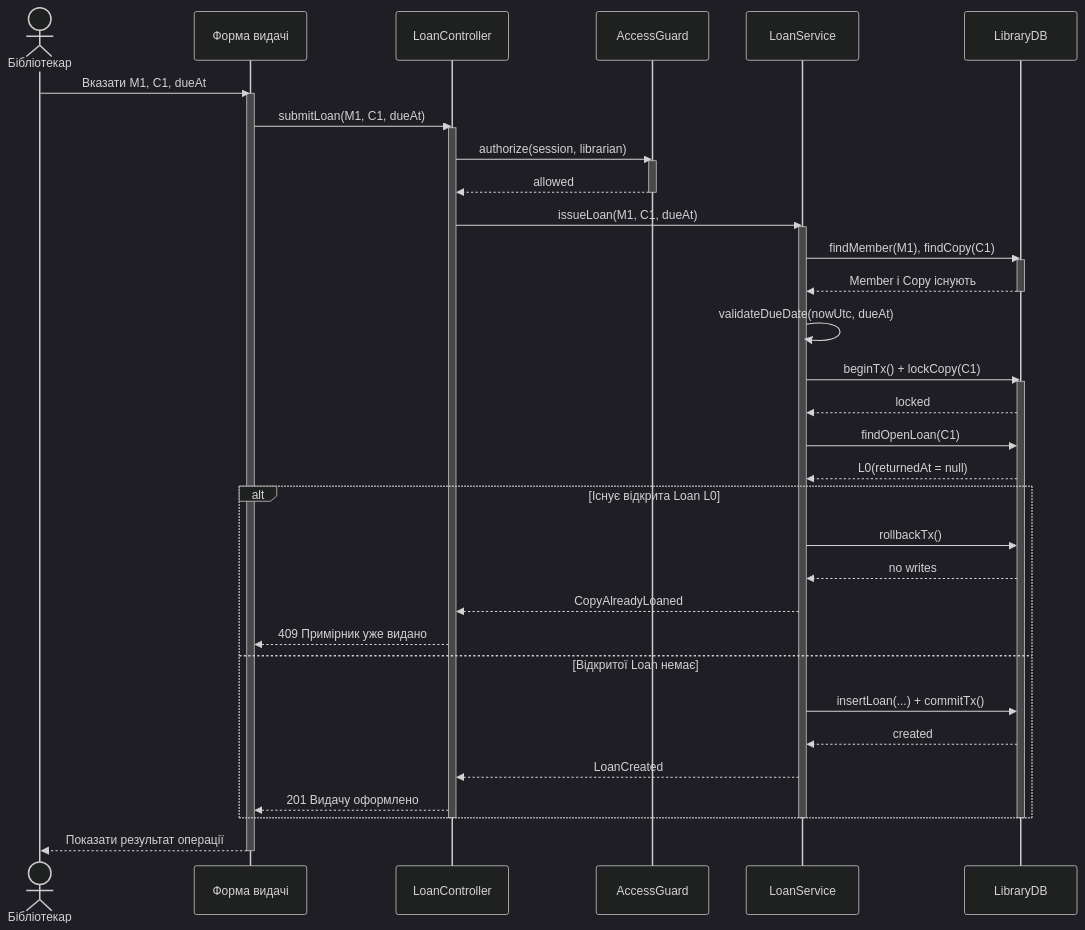
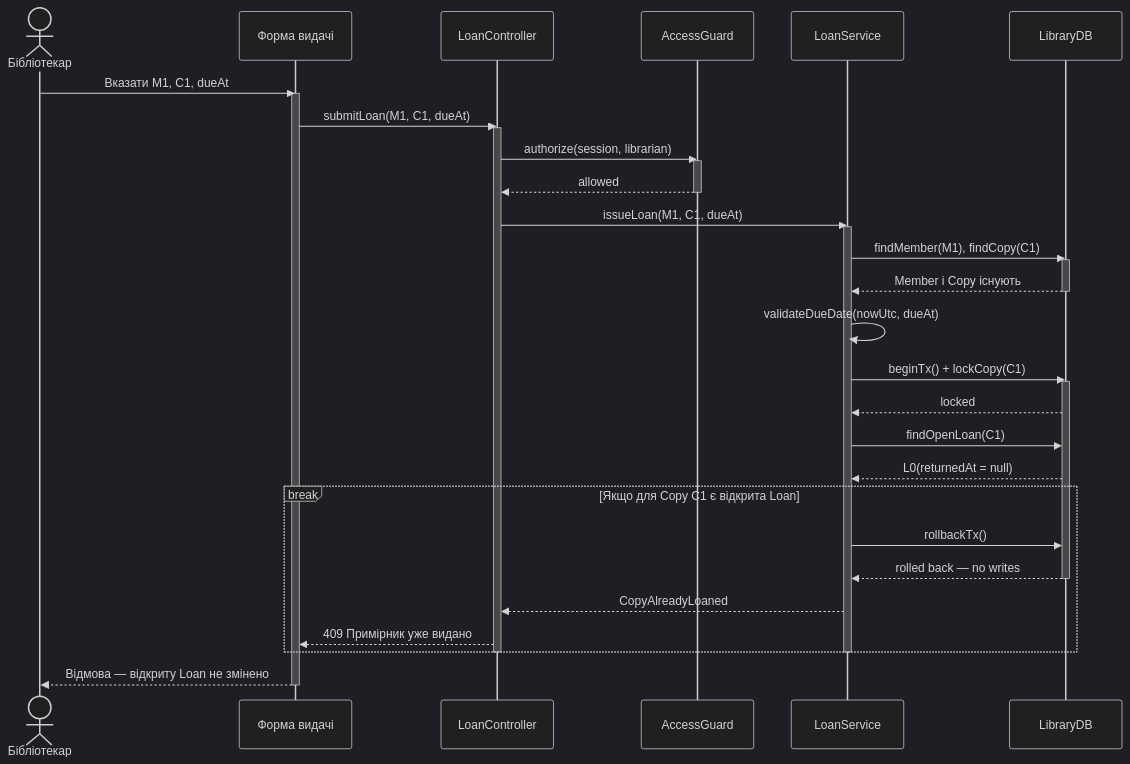
One commit to Alex9011/KPI2-Lab3 changed the diagram in sequence/S-03-already-loaned.mmd. Above: the diagram before and after it, drawn with Mermaid (dark theme). The commit also changed 11 other files, not shown here.

Commit message:
Align loan sequences with scenario outcomes

```diff
--- a/sequence/S-03-already-loaned.mmd
+++ b/sequence/S-03-already-loaned.mmd
@@ -1,44 +1,39 @@
 sequenceDiagram
     %% title: S-03 — Відмова для вже виданого примірника
     actor B as Бібліотекар
     participant UI as Форма видачі
     participant C as LoanController
     participant A as AccessGuard
     participant S as LoanService
     participant D as LibraryDB
     B->>UI: Вказати M1, C1, dueAt
     activate UI
     UI->>C: submitLoan(M1, C1, dueAt)
     activate C
     C->>A: authorize(session, librarian)
     activate A
     A-->>C: allowed
     deactivate A
     C->>S: issueLoan(M1, C1, dueAt)
     activate S
     S->>D: findMember(M1), findCopy(C1)
     activate D
     D-->>S: Member і Copy існують
     deactivate D
     S->>S: validateDueDate(nowUtc, dueAt)
     S->>D: beginTx() + lockCopy(C1)
     activate D
     D-->>S: locked
     S->>D: findOpenLoan(C1)
     D-->>S: L0(returnedAt = null)
-    alt Існує відкрита Loan L0
+    break Якщо для Copy C1 є відкрита Loan
         S->>D: rollbackTx()
-        D-->>S: no writes
+        D-->>S: rolled back — no writes
+        deactivate D
         S-->>C: CopyAlreadyLoaned
         C-->>UI: 409 Примірник уже видано
-    else Відкритої Loan немає
-        S->>D: insertLoan(...) + commitTx()
-        D-->>S: created
-        S-->>C: LoanCreated
-        C-->>UI: 201 Видачу оформлено
     end
-    deactivate D
     deactivate S
     deactivate C
-    UI-->>B: Показати результат операції
+    UI-->>B: Відмова — відкриту Loan не змінено
     deactivate UI
```
